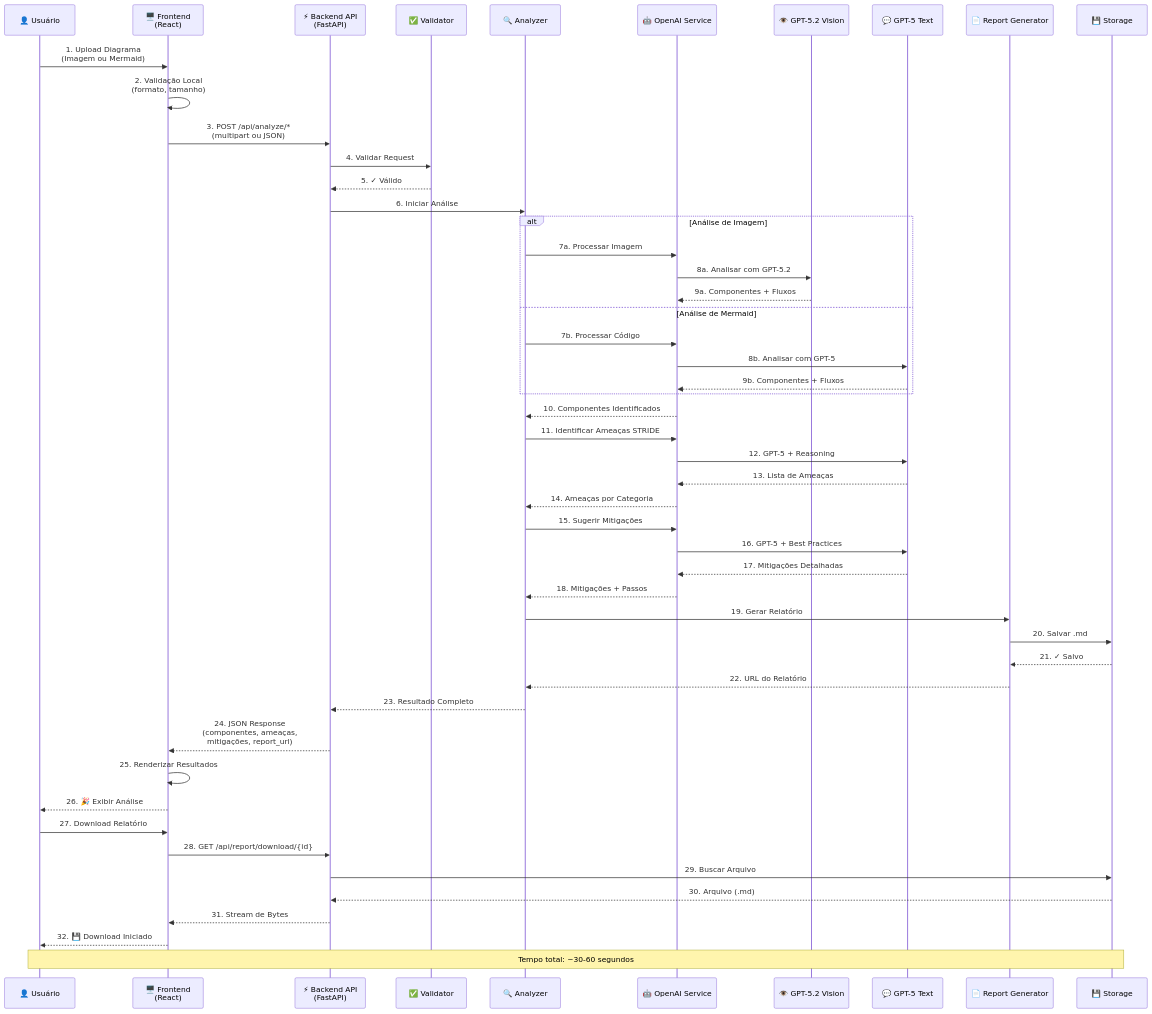
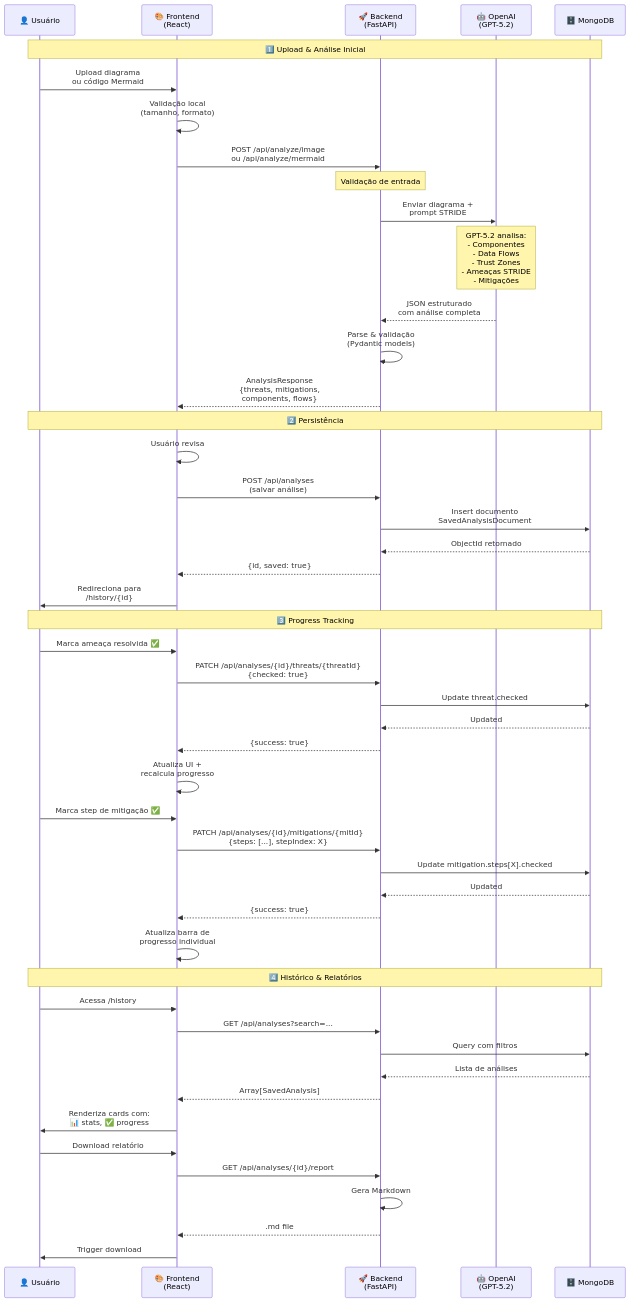
Before and after one commit to bferraz/threatlens-analyzer: the diagram in README.md, drawn with Mermaid. The commit also changed other lines of this file and 24 other files, not shown here.

````diff
--- a/README.md
+++ b/README.md
@@ -67,66 +100,59 @@
 ```mermaid
 sequenceDiagram
-    participant User as 👤 Usuário
-    participant UI as 🖥️ Frontend<br/>(React)
-    participant API as ⚡ Backend API<br/>(FastAPI)
-    participant Validator as ✅ Validator
-    participant Analyzer as 🔍 Analyzer
-    participant OpenAI as 🤖 OpenAI Service
-    participant Vision as 👁️ GPT-5.2 Vision
-    participant Text as 💬 GPT-5 Text
-    participant ReportGen as 📄 Report Generator
-    participant Storage as 💾 Storage
+    participant U as 👤 Usuário
+    participant F as 🎨 Frontend<br/>(React)
+    participant B as 🚀 Backend<br/>(FastAPI)
+    participant O as 🤖 OpenAI<br/>(GPT-5.2)
+    participant M as 🗄️ MongoDB
+
+    Note over U,M: 1️⃣ Upload & Análise Inicial
+    U->>F: Upload diagrama<br/>ou código Mermaid
+    F->>F: Validação local<br/>(tamanho, formato)
+    F->>B: POST /api/analyze/image<br/>ou /api/analyze/mermaid
     
-    User->>UI: 1. Upload Diagrama<br/>(Imagem ou Mermaid)
-    UI->>UI: 2. Validação Local<br/>(formato, tamanho)
+    Note over B: Validação de entrada
+    B->>O: Enviar diagrama +<br/>prompt STRIDE
     
-    UI->>API: 3. POST /api/analyze/*<br/>(multipart ou JSON)
+    Note over O: GPT-5.2 analisa:<br/>- Componentes<br/>- Data Flows<br/>- Trust Zones<br/>- Ameaças STRIDE<br/>- Mitigações
     
-    API->>Validator: 4. Validar Request
-    Validator-->>API: 5. ✓ Válido
+    O-->>B: JSON estruturado<br/>com análise completa
+    B->>B: Parse & validação<br/>(Pydantic models)
+    B-->>F: AnalysisResponse<br/>{threats, mitigations,<br/>components, flows}
     
-    API->>Analyzer: 6. Iniciar Análise
-    
-    alt Análise de Imagem
-        Analyzer->>OpenAI: 7a. Processar Imagem
-        OpenAI->>Vision: 8a. Analisar com GPT-5.2
-        Vision-->>OpenAI: 9a. Componentes + Fluxos
-    else Análise de Mermaid
-        Analyzer->>OpenAI: 7b. Processar Código
-        OpenAI->>Text: 8b. Analisar com GPT-5
-        Text-->>OpenAI: 9b. Componentes + Fluxos
-    end
-    
-    OpenAI-->>Analyzer: 10. Componentes Identificados
-    
-    Analyzer->>OpenAI: 11. Identificar Ameaças STRIDE
-    OpenAI->>Text: 12. GPT-5 + Reasoning
-    Text-->>OpenAI: 13. Lista de Ameaças
-    OpenAI-->>Analyzer: 14. Ameaças por Categoria
-    
-    Analyzer->>OpenAI: 15. Sugerir Mitigações
-    OpenAI->>Text: 16. GPT-5 + Best Practices
-    Text-->>OpenAI: 17. Mitigações Detalhadas
-    OpenAI-->>Analyzer: 18. Mitigações + Passos
-    
-    Analyzer->>ReportGen: 19. Gerar Relatório
-    ReportGen->>Storage: 20. Salvar .md
-    Storage-->>ReportGen: 21. ✓ Salvo
-    
-    ReportGen-->>Analyzer: 22. URL do Relatório
-    Analyzer-->>API: 23. Resultado Completo
-    
-    API-->>UI: 24. JSON Response<br/>(componentes, ameaças,<br/>mitigações, report_url)
-    
-    UI->>UI: 25. Renderizar Resultados
-    UI-->>User: 26. 🎉 Exibir Análise
-    
-    User->>UI: 27. Download Relatório
-    UI->>API: 28. GET /api/report/download/{id}
-    API->>Storage: 29. Buscar Arquivo
-    Storage-->>API: 30. Arquivo (.md)
-    API-->>UI: 31. Stream de Bytes
-    UI-->>User: 32. 💾 Download Iniciado
-    
-    Note over User,Storage: Tempo total: ~30-60 segundos
+    Note over U,M: 2️⃣ Persistência
+    F->>F: Usuário revisa
+    F->>B: POST /api/analyses<br/>(salvar análise)
+    B->>M: Insert documento<br/>SavedAnalysisDocument
+    M-->>B: ObjectId retornado
+    B-->>F: {id, saved: true}
+    F->>U: Redireciona para<br/>/history/{id}
+
+    Note over U,M: 3️⃣ Progress Tracking
+    U->>F: Marca ameaça resolvida ✅
+    F->>B: PATCH /api/analyses/{id}/threats/{threatId}<br/>{checked: true}
+    B->>M: Update threat.checked
+    M-->>B: Updated
+    B-->>F: {success: true}
+    F->>F: Atualiza UI +<br/>recalcula progresso
+
+    U->>F: Marca step de mitigação ✅
+    F->>B: PATCH /api/analyses/{id}/mitigations/{mitId}<br/>{steps: [...], stepIndex: X}
+    B->>M: Update mitigation.steps[X].checked
+    M-->>B: Updated
+    B-->>F: {success: true}
+    F->>F: Atualiza barra de<br/>progresso individual
+
+    Note over U,M: 4️⃣ Histórico & Relatórios
+    U->>F: Acessa /history
+    F->>B: GET /api/analyses?search=...
+    B->>M: Query com filtros
+    M-->>B: Lista de análises
+    B-->>F: Array[SavedAnalysis]
+    F->>U: Renderiza cards com:<br/>📊 stats, ✅ progress
+
+    U->>F: Download relatório
+    F->>B: GET /api/analyses/{id}/report
+    B->>B: Gera Markdown
+    B-->>F: .md file
+    F->>U: Trigger download
 ```
````
